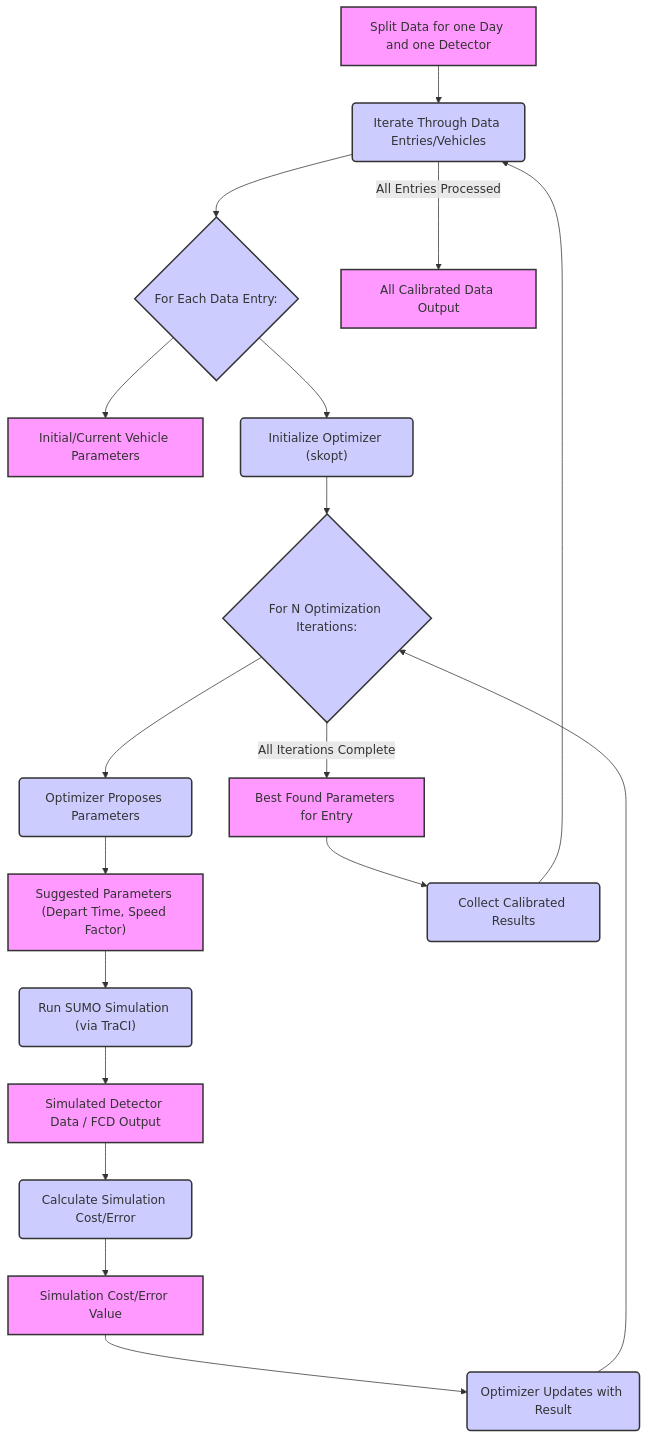
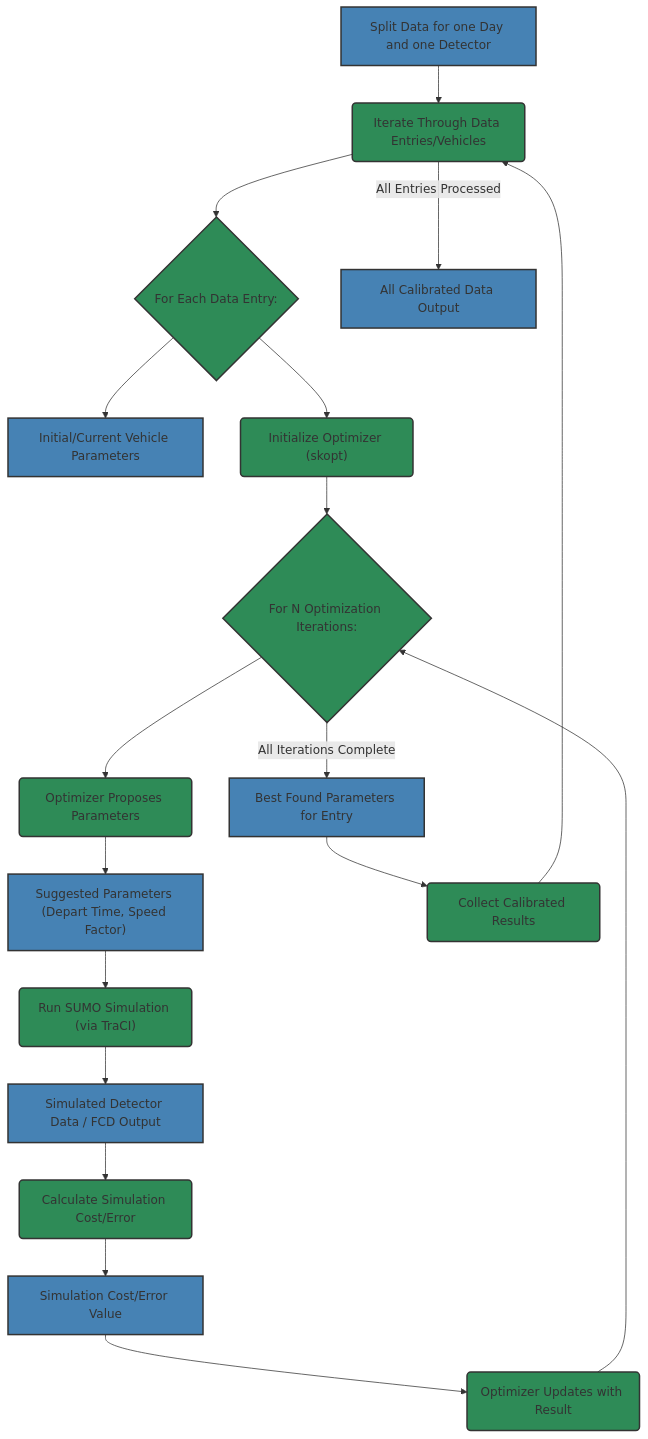
The second of 2 diagrams in docs/Workflow.md (SiddharthVenkataraman/Hornsgatan), drawn with Mermaid before and after one commit. The commit also changed other lines of this file, not shown here.

Commit message:
change diagram color

````diff
--- a/docs/Workflow.md
+++ b/docs/Workflow.md
@@ -61,26 +61,26 @@
 ```mermaid
 graph TD
     A["Split Data for one Day and one Detector"] --> B("Iterate Through Data Entries/Vehicles")
     B --> C{"For Each Data Entry:"}
     C --> D["Initial/Current Vehicle Parameters"]
     C --> E("Initialize Optimizer (skopt)")
     E --> F{"For N Optimization Iterations:"}
     F --> G("Optimizer Proposes Parameters")
     G --> H["Suggested Parameters (Depart Time, Speed Factor)"]
     H --> I("Run SUMO Simulation (via TraCI)")
     I --> J["Simulated Detector Data / FCD Output"]
     J --> K("Calculate Simulation Cost/Error")
     K --> L["Simulation Cost/Error Value"]
     L --> M("Optimizer Updates with Result")
     M --> F
     F -- All Iterations Complete --> N["Best Found Parameters for Entry"]
     N --> O("Collect Calibrated Results")
     O --> B
     B -- All Entries Processed --> P["All Calibrated Data Output"]
 
     %% Styling
-    classDef data fill:#f9f,stroke:#333,stroke-width:2px;
+    classDef data fill:#4682B4,stroke:#333,stroke-width:2px;
     class A,D,H,J,L,N,P data
-    classDef process fill:#ccf,stroke:#333,stroke-width:2px;
+    classDef process fill:#2E8B57,stroke:#333,stroke-width:2px;
     class B,C,E,F,G,I,K,M,O process
 ```
````
